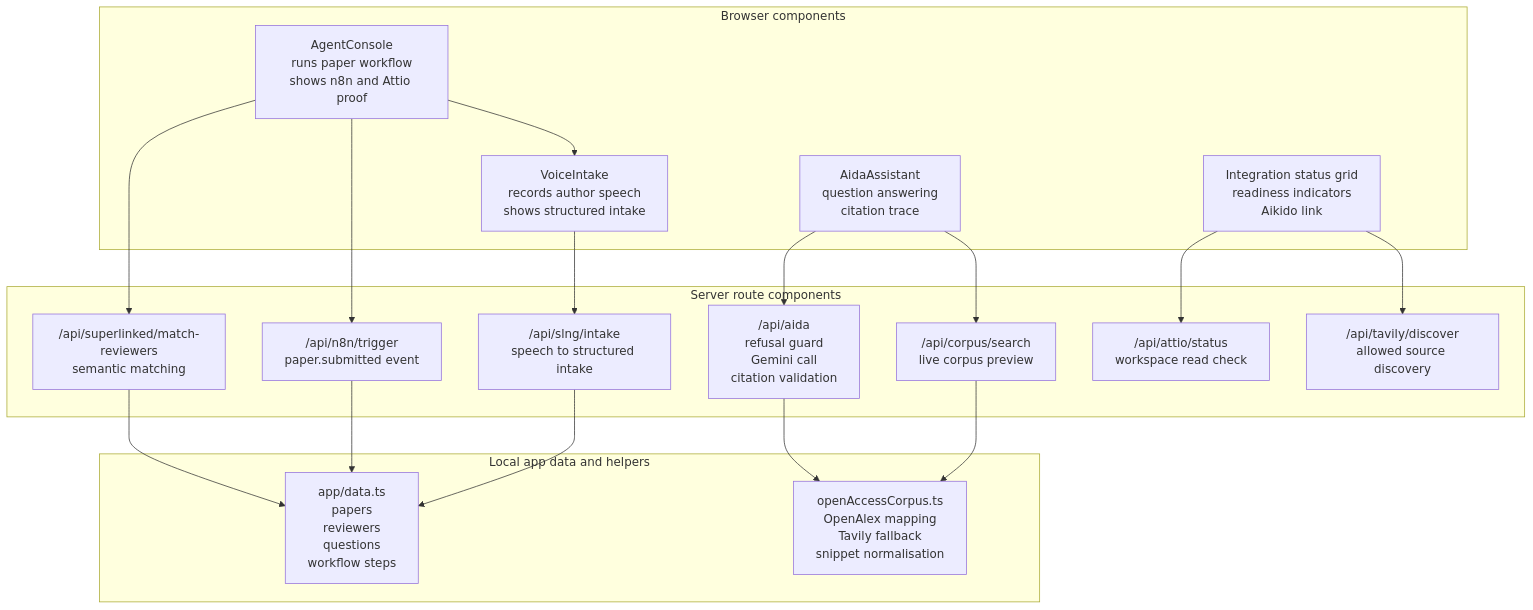
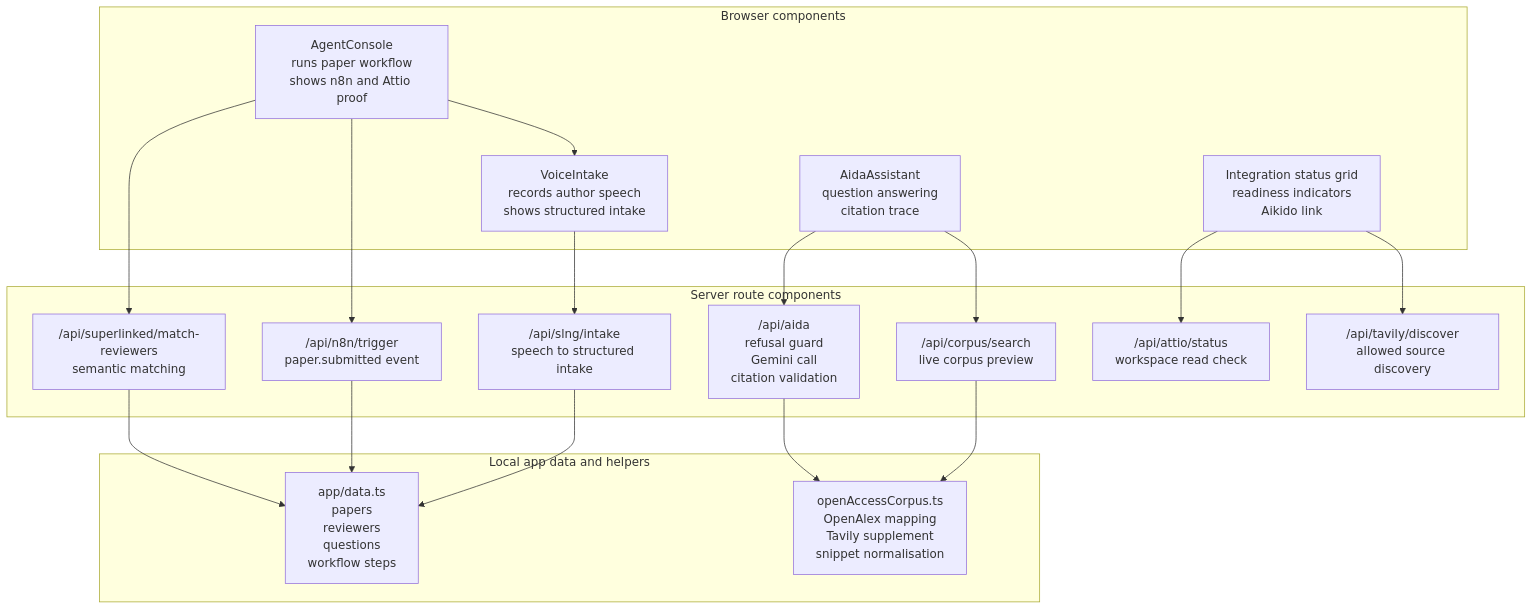
Before and after one commit to MasteraSnackin/Peerflow: the third of 17 diagrams in docs/DIAGRAMS.md, drawn with Mermaid. The commit also changed other lines of this file and 7 other files, not shown here.

````diff
--- a/docs/DIAGRAMS.md
+++ b/docs/DIAGRAMS.md
@@ -86,39 +86,39 @@
 ```mermaid
 flowchart TB
   subgraph UI["Browser components"]
     AgentConsole["AgentConsole<br/>runs paper workflow<br/>shows n8n and Attio proof"]
     VoiceIntake["VoiceIntake<br/>records author speech<br/>shows structured intake"]
     AidaAssistant["AidaAssistant<br/>question answering<br/>citation trace"]
     StatusGrid["Integration status grid<br/>readiness indicators<br/>Aikido link"]
   end
 
   subgraph API["Server route components"]
     AidaRoute["/api/aida<br/>refusal guard<br/>Gemini call<br/>citation validation"]
     CorpusRoute["/api/corpus/search<br/>live corpus preview"]
     N8NRoute["/api/n8n/trigger<br/>paper.submitted event"]
     MatchRoute["/api/superlinked/match-reviewers<br/>semantic matching"]
     SLNGRoute["/api/slng/intake<br/>speech to structured intake"]
     AttioRoute["/api/attio/status<br/>workspace read check"]
     TavilyRoute["/api/tavily/discover<br/>allowed source discovery"]
   end
 
   subgraph Data["Local app data and helpers"]
     DataTs["app/data.ts<br/>papers<br/>reviewers<br/>questions<br/>workflow steps"]
-    CorpusHelper["openAccessCorpus.ts<br/>OpenAlex mapping<br/>Tavily fallback<br/>snippet normalisation"]
+    CorpusHelper["openAccessCorpus.ts<br/>OpenAlex mapping<br/>Tavily supplement<br/>snippet normalisation"]
   end
 
   AgentConsole --> VoiceIntake
   AgentConsole --> N8NRoute
   AgentConsole --> MatchRoute
   VoiceIntake --> SLNGRoute
   AidaAssistant --> AidaRoute
   AidaAssistant --> CorpusRoute
   StatusGrid --> AttioRoute
   StatusGrid --> TavilyRoute
 
   AidaRoute --> CorpusHelper
   CorpusRoute --> CorpusHelper
   MatchRoute --> DataTs
   N8NRoute --> DataTs
   SLNGRoute --> DataTs
 ```
````
